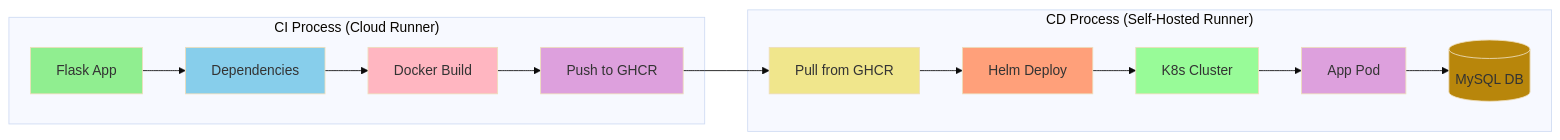
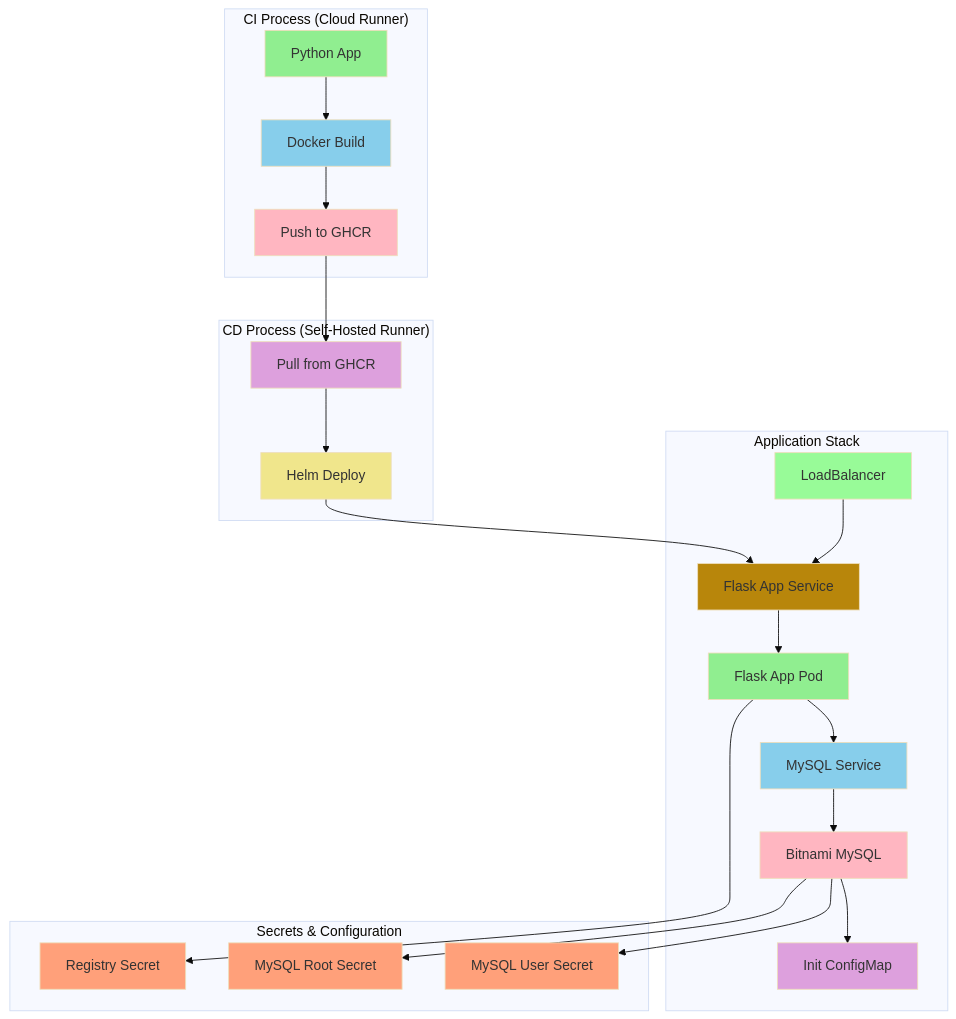
One commit to dvirmoyal/world-of-game changed the first of 2 diagrams in README.md. Above: the diagram before and after it, drawn with Mermaid (base theme). The commit also changed other lines of this file and 60 other files, not shown here.

````diff
--- a/README.md
+++ b/README.md
@@ -9,32 +6,46 @@
 ```mermaid
-graph LR;
+
+graph TB
     subgraph "CI Process (Cloud Runner)"
-
-        A[Flask App] --> B[Dependencies]
-        B --> C[Docker Build]
-        C --> D[Push to GHCR]
-        
-
+        A[Python App] --> B[Docker Build]
+        B --> C[Push to GHCR]
         style A fill:#90EE90
         style B fill:#87CEEB
         style C fill:#FFB6C1
-        style D fill:#DDA0DD
     end
 
     subgraph "CD Process (Self-Hosted Runner)"
-
-        E[Pull from GHCR] --> F[Helm Deploy]
-        F --> G[K8s Cluster]
-        G --> H[App Pod]
-        H --> I[(MySQL DB)]
-        
+        D[Pull from GHCR] --> E[Helm Deploy]
+        style D fill:#DDA0DD
         style E fill:#F0E68C
-        style F fill:#FFA07A
-        style G fill:#98FB98
-        style H fill:#DDA0DD
-        style I fill:#B8860B
-
     end
 
-    D --> E
+    subgraph "Application Stack"
+        F[LoadBalancer] --> G[Flask App Service]
+        G --> H[Flask App Pod]
+        H --> I[MySQL Service]
+        I --> J[Bitnami MySQL]
+        J --> K[Init ConfigMap]
+        style F fill:#98FB98
+        style G fill:#B8860B
+        style H fill:#90EE90
+        style I fill:#87CEEB
+        style J fill:#FFB6C1
+        style K fill:#DDA0DD
+    end
+
+    subgraph "Secrets & Configuration"
+        L[Registry Secret]
+        M[MySQL Root Secret]
+        N[MySQL User Secret]
+        style L fill:#FFA07A
+        style M fill:#FFA07A
+        style N fill:#FFA07A
+    end
+
+    C --> D
+    E --> G
+    H --> L
+    J --> M
+    J --> N
 ```
````
